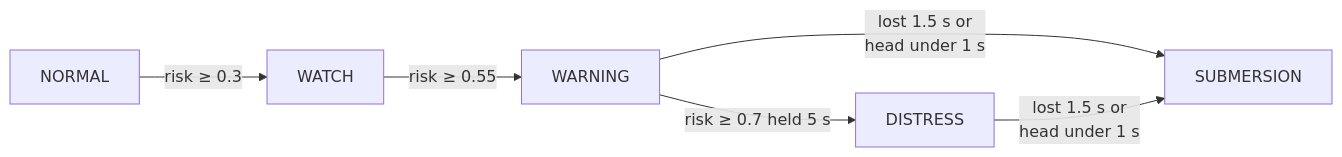
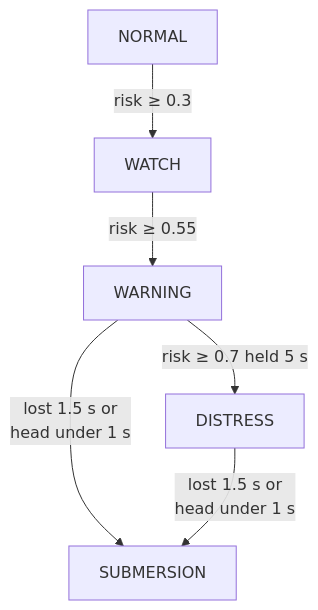
Before and after one commit to Lokeshraj2006/HexTech-AquaWatch: the third of 3 diagrams in README.md, drawn with Mermaid. The commit also changed other lines of this file, not shown here.

Commit message:
README: larger diagrams

````diff
--- a/README.md
+++ b/README.md
@@ -128,8 +128,8 @@
 ```mermaid
-flowchart LR
+flowchart TD
     N["NORMAL"] -->|"risk ≥ 0.3"| W["WATCH"]
     W -->|"risk ≥ 0.55"| WA["WARNING"]
     WA -->|"risk ≥ 0.7 held 5 s"| D["DISTRESS"]
     WA -->|"lost 1.5 s or<br/>head under 1 s"| S["SUBMERSION"]
     D -->|"lost 1.5 s or<br/>head under 1 s"| S
 ```
````
